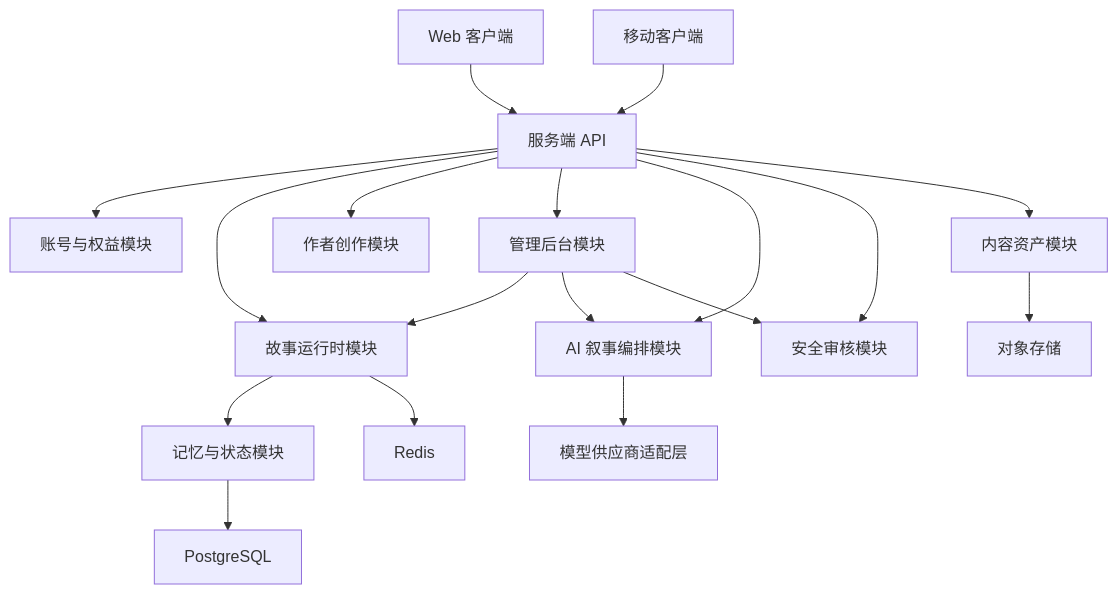
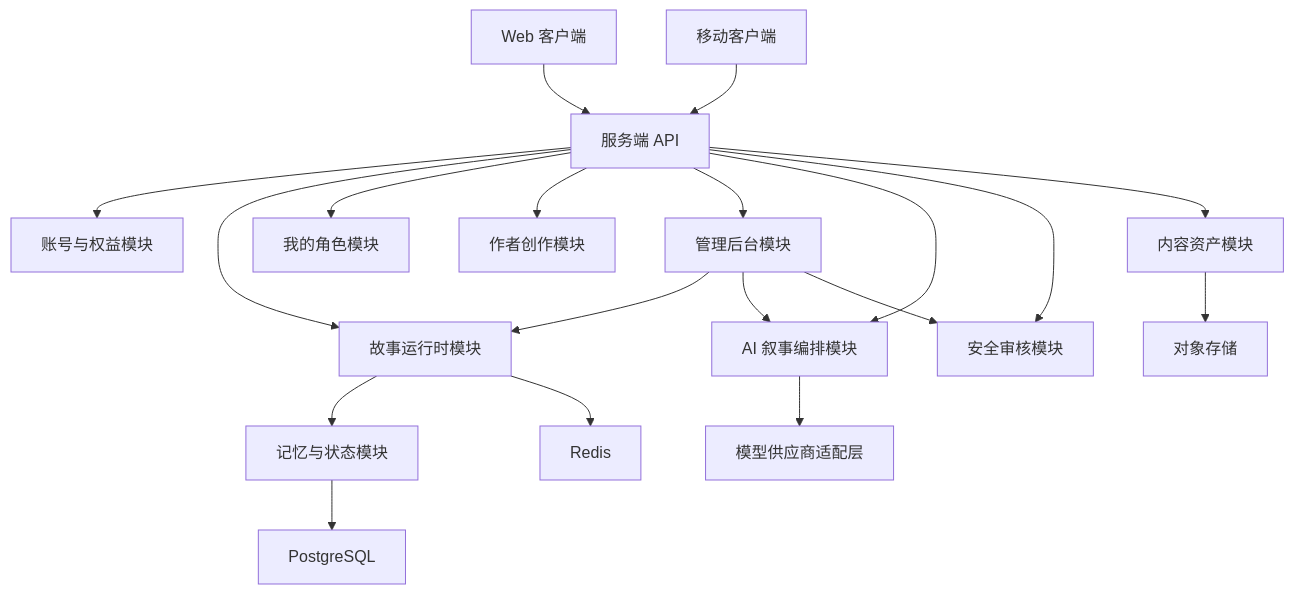
One commit to dreamsxin/InStory changed the diagram in docs/ARCHITECTURE.md. Above: the diagram before and after it, drawn with Mermaid. The commit also changed other lines of this file and 1 other file, not shown here.

````diff
--- a/docs/ARCHITECTURE.md
+++ b/docs/ARCHITECTURE.md
@@ -15,22 +15,23 @@
 ```mermaid
 flowchart TD
     Web["Web 客户端"] --> API["服务端 API"]
     Mobile["移动客户端"] --> API
 
     API --> Auth["账号与权益模块"]
     API --> Story["故事运行时模块"]
+    API --> Profile["我的角色模块"]
     API --> Creator["作者创作模块"]
     API --> Admin["管理后台模块"]
     API --> AI["AI 叙事编排模块"]
     API --> Safety["安全审核模块"]
     API --> Asset["内容资产模块"]
 
     Story --> Memory["记忆与状态模块"]
     AI --> LLM["模型供应商适配层"]
     Admin --> Story
     Admin --> AI
     Admin --> Safety
     Memory --> DB["PostgreSQL"]
     Story --> Cache["Redis"]
     Asset --> ObjectStore["对象存储"]
 ```
````
